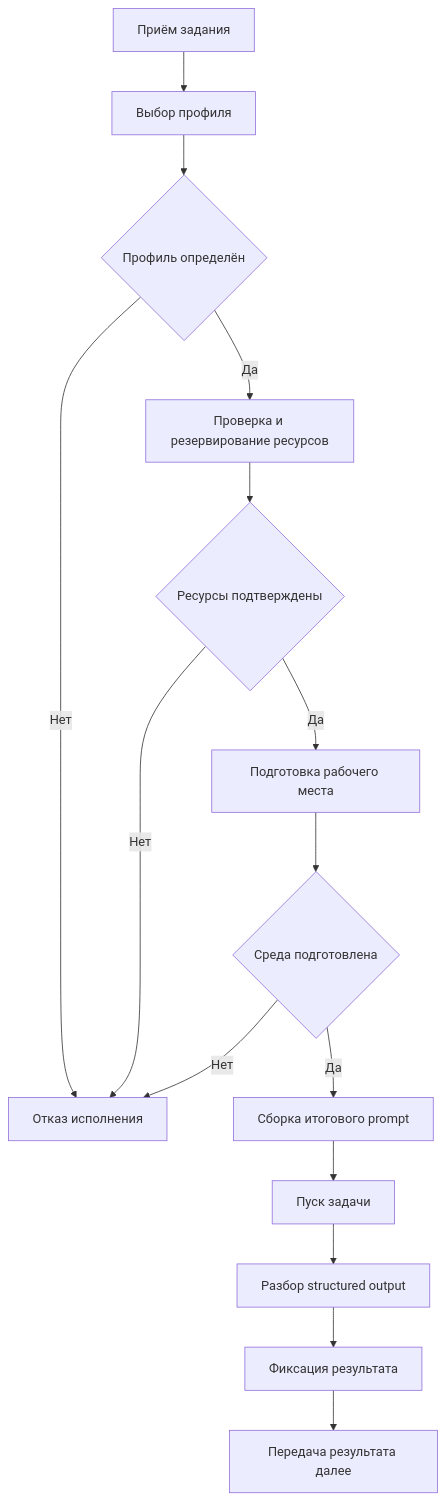
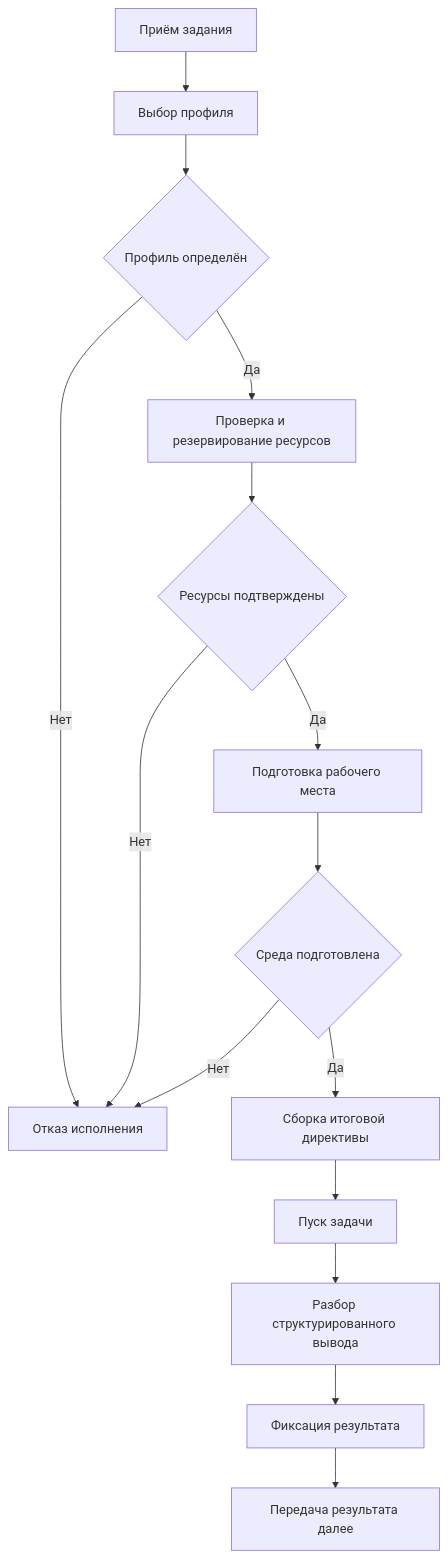
The second of 3 diagrams in docs/contours/execution/ALGORITHM.md (rasungatullin/progress), drawn with Mermaid before and after one commit. The commit also changed other lines of this file and 5 other files, not shown here.

````diff
--- a/docs/contours/execution/ALGORITHM.md
+++ b/docs/contours/execution/ALGORITHM.md
@@ -133,17 +133,17 @@
 ```mermaid
 flowchart TD
     A[Приём задания] --> B[Выбор профиля]
     B --> C{Профиль определён}
     C -- Нет --> X[Отказ исполнения]
     C -- Да --> D[Проверка и резервирование ресурсов]
     D --> E{Ресурсы подтверждены}
     E -- Нет --> X
     E -- Да --> F[Подготовка рабочего места]
     F --> G{Среда подготовлена}
     G -- Нет --> X
-    G -- Да --> H[Сборка итогового prompt]
+    G -- Да --> H[Сборка итоговой директивы]
     H --> I[Пуск задачи]
-    I --> J[Разбор structured output]
+    I --> J[Разбор структурированного вывода]
     J --> K[Фиксация результата]
     K --> L[Передача результата далее]
 ```
````
